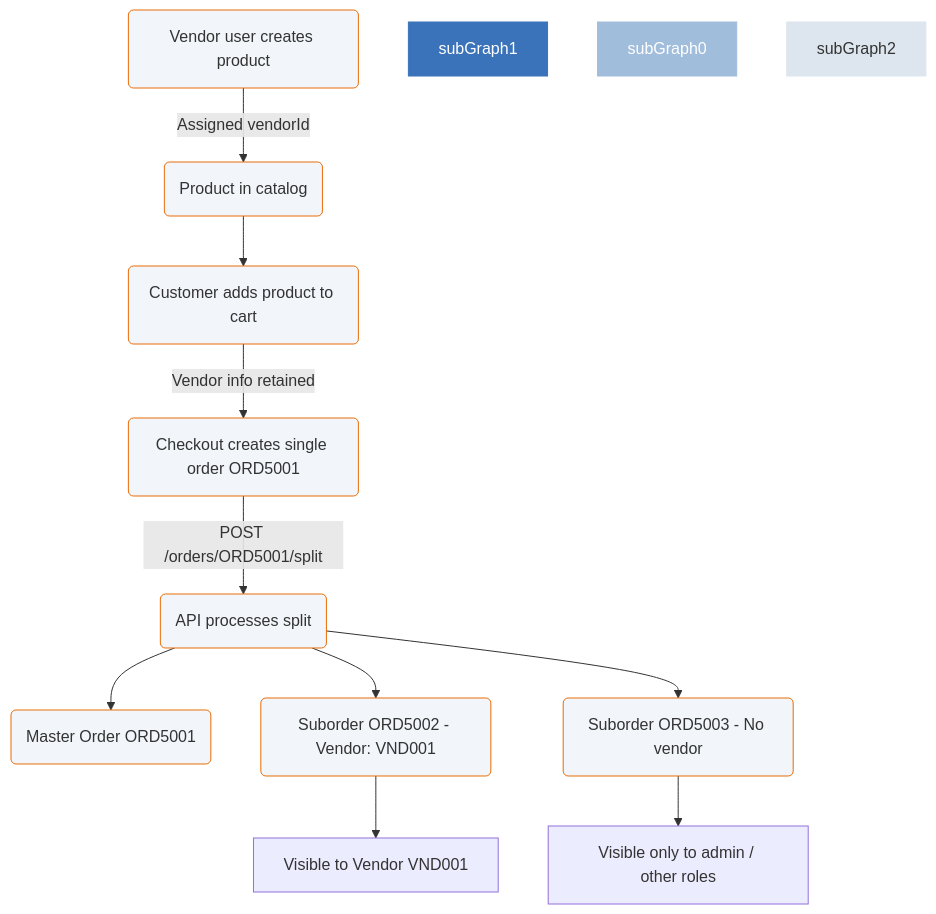
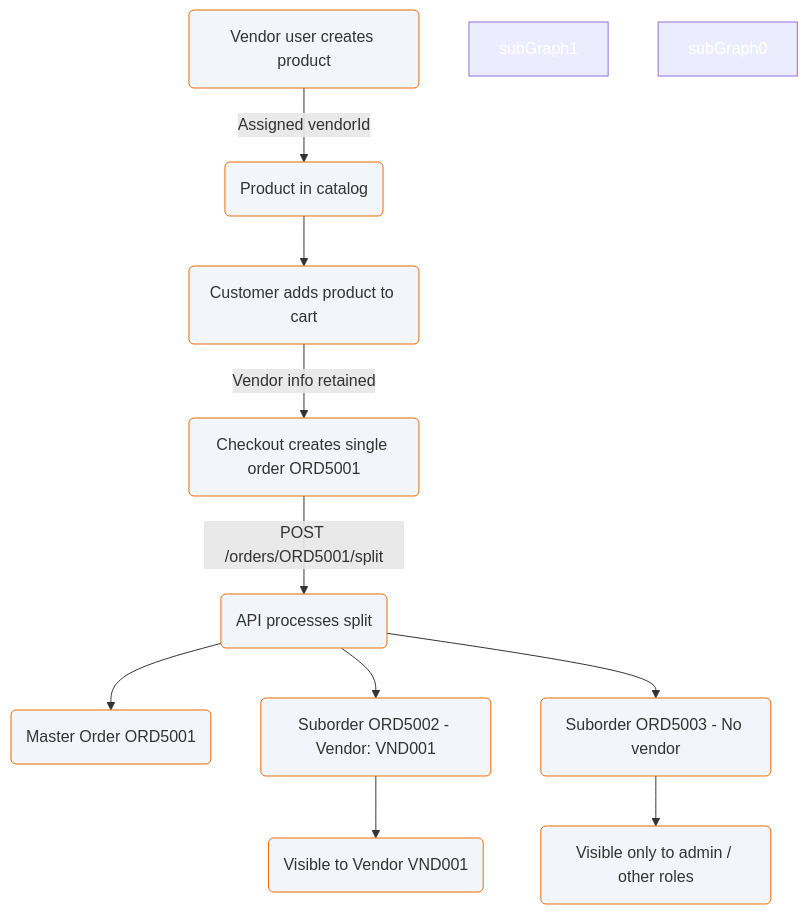
One commit to emporix/api-references changed the diagram in companies-and-customers/vendor-service/vendor.md. Above: the diagram before and after it, drawn with Mermaid. The commit also changed other lines of this file, not shown here.

````diff
--- a/companies-and-customers/vendor-service/vendor.md
+++ b/companies-and-customers/vendor-service/vendor.md
@@ -424,43 +419,44 @@
 ```mermaid
 ---
 config:
   layout: fixed
   theme: default
   look: classic
 ---
 flowchart TD
     A[Vendor user creates product] -->|Assigned vendorId| B[Product in catalog]
     B --> C[Customer adds product to cart]
     C -->|Vendor info retained| D[Checkout creates single order ORD5001]
     D -->|POST /orders/ORD5001/split| E[API processes split]
     E --> F[Master Order ORD5001]
     E --> G[Suborder ORD5002 - Vendor: VND001]
     E --> H[Suborder ORD5003 - No vendor]
     G --> I[Visible to Vendor VND001]
     H --> J[Visible only to admin / other roles]
       A@{ shape: rounded}
       B@{ shape: rounded}
       C@{ shape: rounded}
       D@{ shape: rounded}
       E@{ shape: rounded}
       F@{ shape: rounded}
       G@{ shape: rounded}
       H@{ shape: rounded}
+      I@{ shape: rounded}
+      J@{ shape: rounded}
       A:::Class_04
       B:::Class_04
       C:::Class_04
       D:::Class_04
       E:::Class_04
       F:::Class_04
       G:::Class_04
       H:::Class_04
-     subGraph1:::Class_03
-     subGraph0:::Class_01
-     subGraph2:::Class_02
+      I:::Class_04
+      J:::Class_04
     classDef Class_02 stroke-width:1px, stroke-dasharray: 0, stroke:#DDE6EE, fill:#DDE6EE
     classDef Class_01 stroke-width:1px, stroke-dasharray: 0, stroke:#A1BDDC, fill:#A1BDDC
     classDef Class_03 stroke-width:1px, stroke-dasharray: 0, stroke:#3b73bb, fill:#3b73bb
     classDef Class_04 fill:#F2F6FA, stroke:#E86C07
     style subGraph1 color:#FFFFFF
     style subGraph0 color:#FFFFFF
 ```
````
